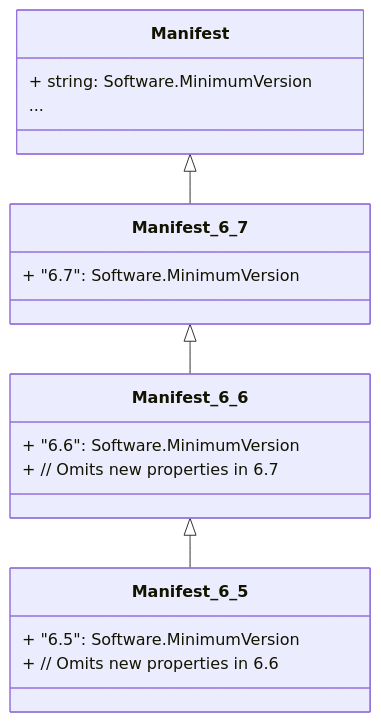
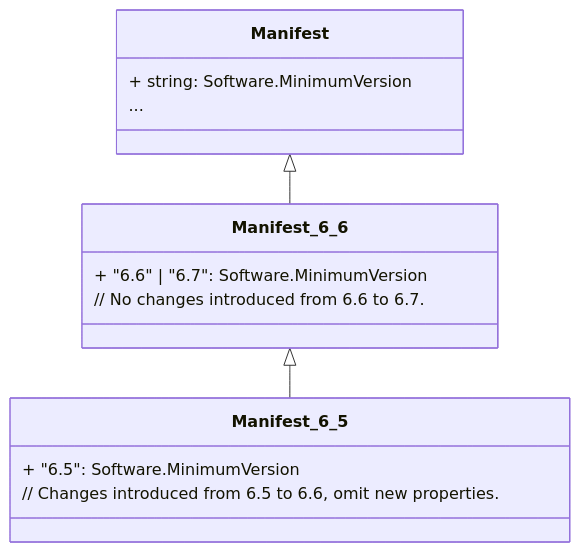
The first of 2 diagrams in src/streamdeck/plugins/README.md (elgatosf/schemas), drawn with Mermaid before and after one commit. The commit also changed other lines of this file and 8 other files, not shown here.

````diff
--- a/src/streamdeck/plugins/README.md
+++ b/src/streamdeck/plugins/README.md
@@ -9,21 +7,17 @@
 ```mermaid
 classDiagram
-    Manifest <|-- Manifest_6_7
-    Manifest_6_7 <|-- Manifest_6_6
+    Manifest <|-- Manifest_6_6
     Manifest_6_6 <|-- Manifest_6_5
     class Manifest {
       + string:  Software.MinimumVersion
       ...
     }
-    class Manifest_6_7 {
-      + "6.7":  Software.MinimumVersion
-    }
     class Manifest_6_6 {
-      + "6.6":  Software.MinimumVersion
-      + // Omits new properties in 6.7
+      + "6.6" | "6.7":  Software.MinimumVersion
+      // No changes introduced from 6.6 to 6.7.
     }
     class Manifest_6_5 {
       + "6.5":  Software.MinimumVersion
-      + // Omits new properties in 6.6
+      // Changes introduced from 6.5 to 6.6, omit new properties.
     }
 ```
````
